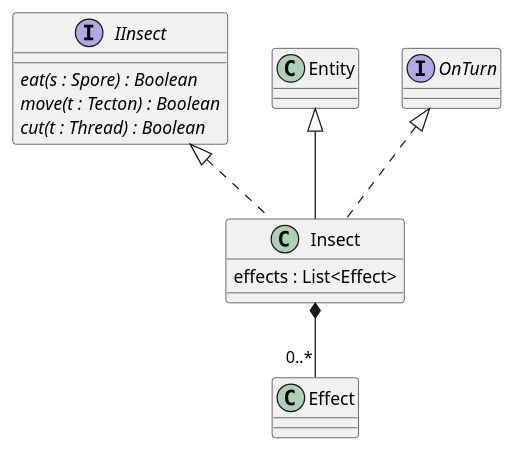
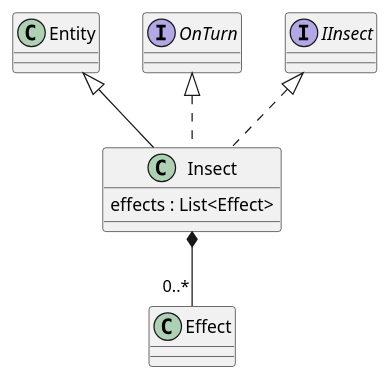
One commit to Petya-G/fungorium changed the diagram in 4/classes/insect.puml. Above: the diagram before and after it, drawn with PlantUML. The commit also changed 5 other files, not shown here.

```diff
--- a/4/classes/insect.puml
+++ b/4/classes/insect.puml
@@ -1,14 +1,8 @@
 @startuml insect
-
-interface IInsect{
-    {abstract} eat(s : Spore) : Boolean
-    {abstract} move(t : Tecton) : Boolean
-    {abstract} cut(t : Thread) : Boolean
-}
 
 Insect *-- "0..*" Effect
 class Insect extends Entity implements OnTurn, IInsect{
     effects : List<Effect>
 }
 
 @enduml
```
